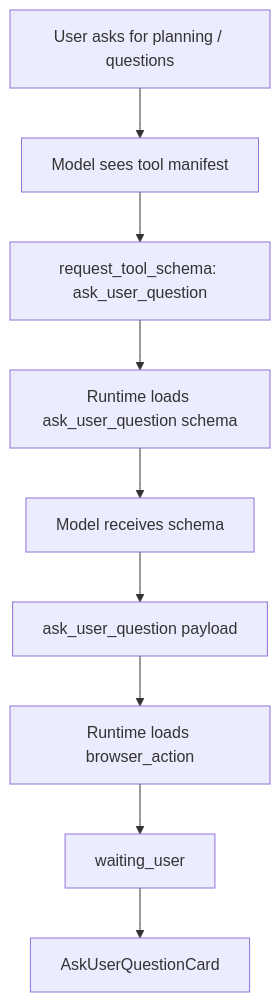
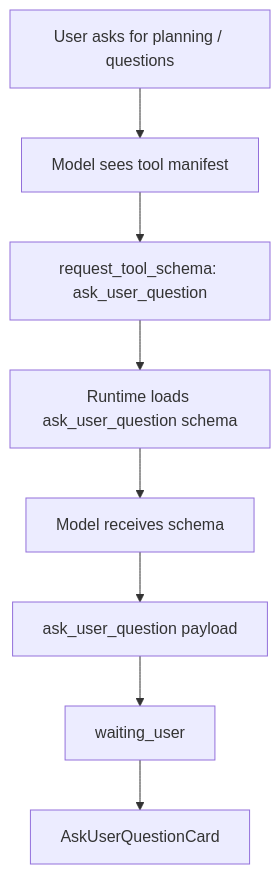
Before and after one commit to allroad88888888/einfach-agent: the third of 3 diagrams in docs/core-runtime-flow.md, drawn with Mermaid. The commit also changed 15 other files, not shown here.

First line of the commit message:
fix(browser_action): 空壳 stub → 真实渲染卡片（计划1轮+实现2轮 codex review 收口）

````diff
--- a/docs/core-runtime-flow.md
+++ b/docs/core-runtime-flow.md
@@ -112,11 +112,10 @@
 ```mermaid
 flowchart TD
   P[User asks for planning / questions] --> M[Model sees tool manifest]
   M --> Q[request_tool_schema: ask_user_question]
   Q --> S[Runtime loads ask_user_question schema]
   S --> M2[Model receives schema]
   M2 --> AQ[ask_user_question payload]
-  AQ --> B[Runtime loads browser_action]
-  B --> W[waiting_user]
+  AQ --> W[waiting_user]
   W --> UI[AskUserQuestionCard]
 ```
````
